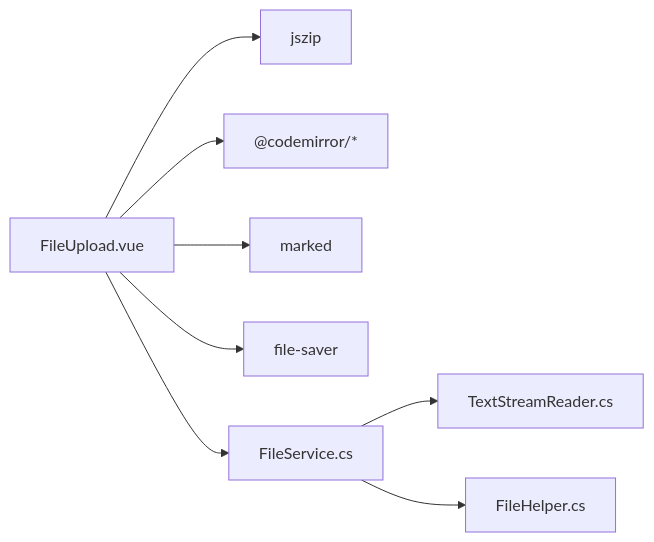
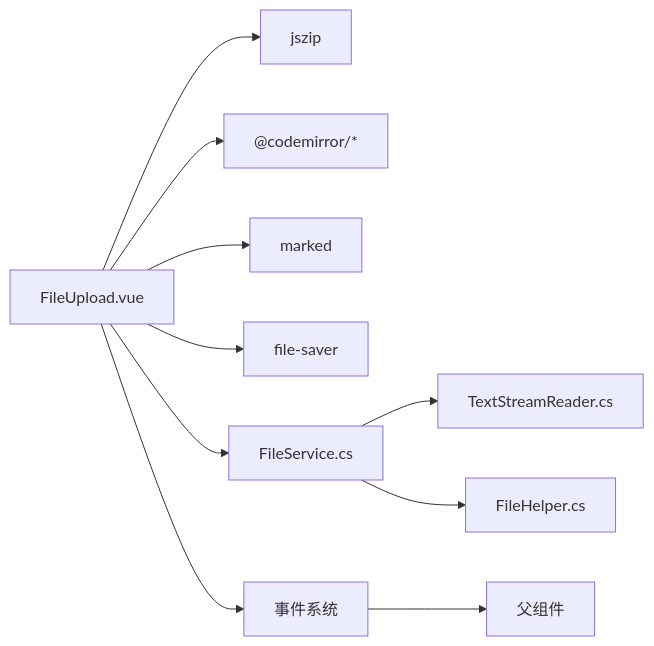
The ninth of 9 diagrams in .qoder/repowiki/zh/content/前端架构/组件设计/文件上传组件/压缩包编辑功能.md (junkai-li/NetCoreKevin), drawn with Mermaid before and after one commit. The commit also changed other lines of this file and 42 other files, not shown here.

````diff
--- a/.qoder/repowiki/zh/content/前端架构/组件设计/文件上传组件/压缩包编辑功能.md
+++ b/.qoder/repowiki/zh/content/前端架构/组件设计/文件上传组件/压缩包编辑功能.md
@@ -237,10 +318,12 @@
 ```mermaid
 graph LR
 FE["FileUpload.vue"] --> JZ["jszip"]
 FE --> CM["@codemirror/*"]
 FE --> MK["marked"]
 FE --> FS["file-saver"]
 FE --> SVC["FileService.cs"]
+FE --> EVENTS["事件系统"]
 SVC --> TR["TextStreamReader.cs"]
 SVC --> FH["FileHelper.cs"]
+EVENTS --> PC["父组件"]
 ```
````
